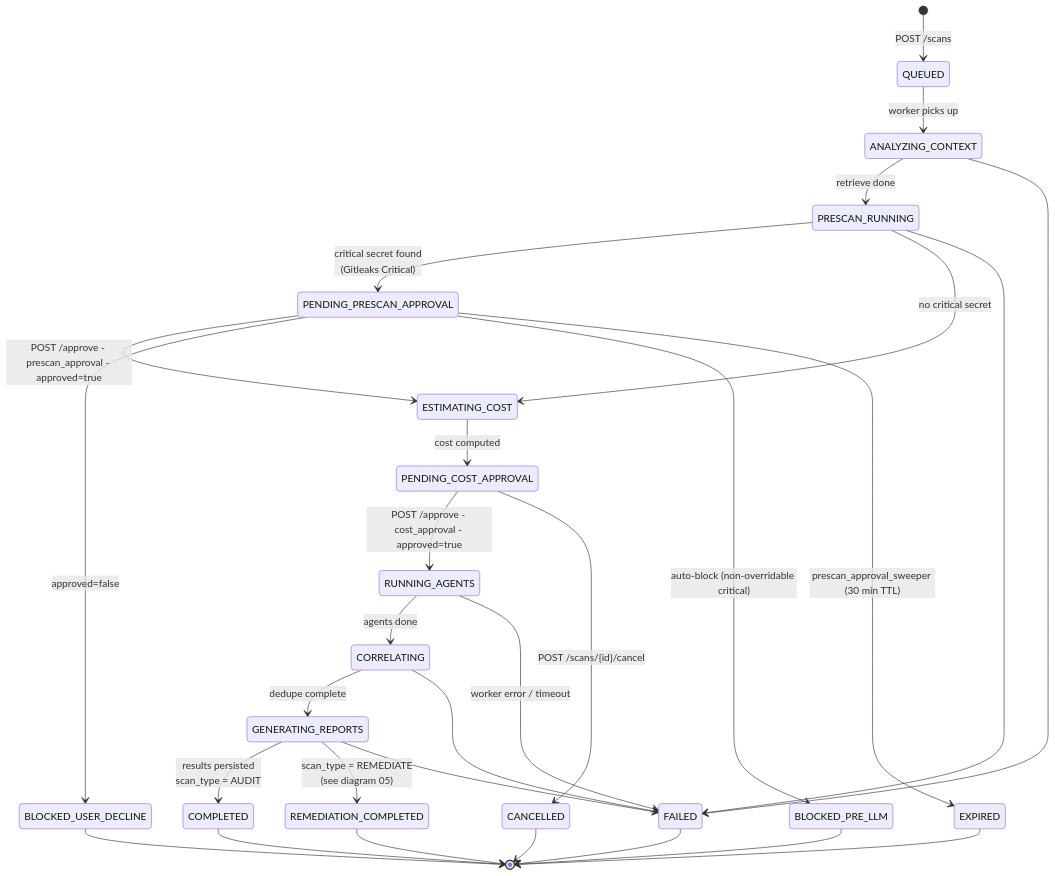
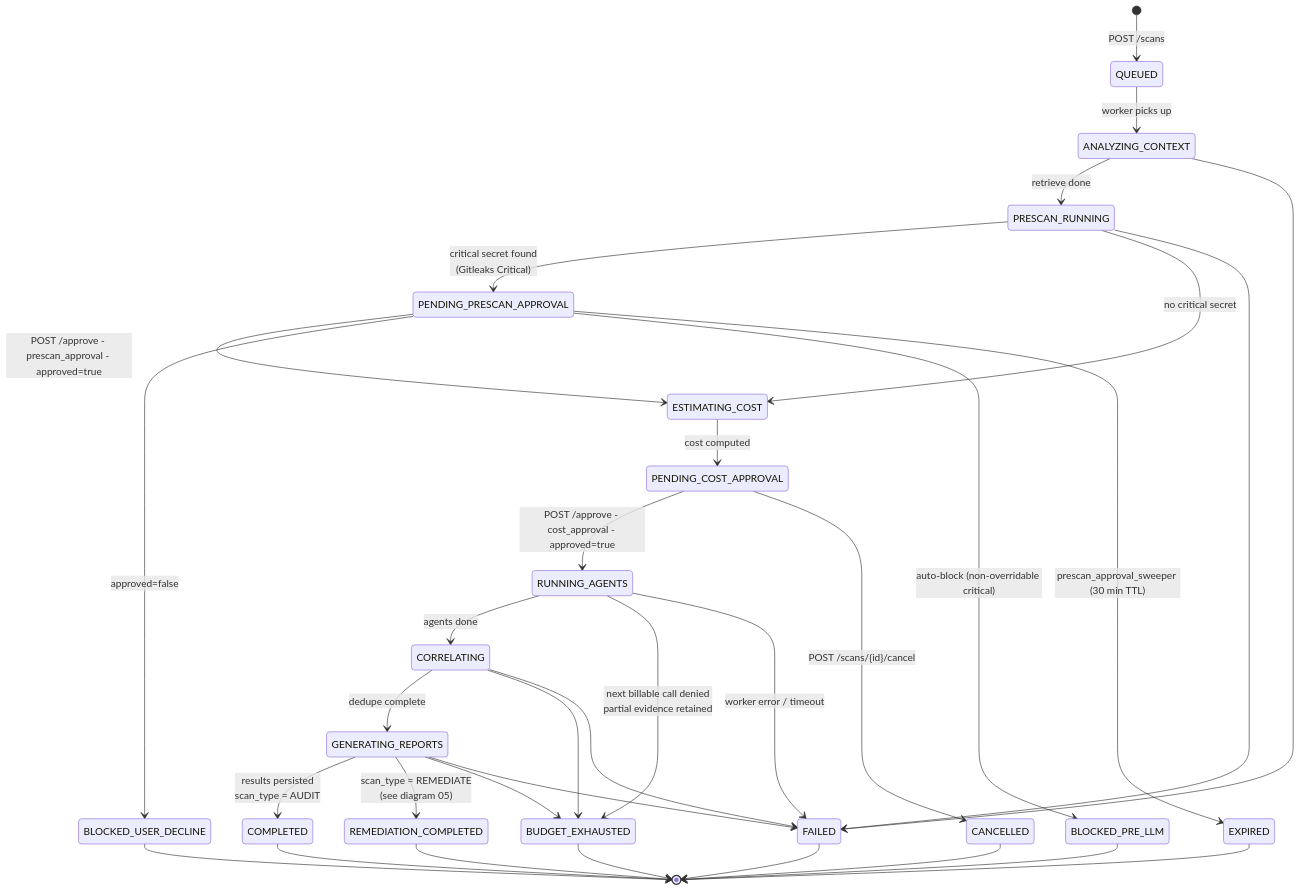
The second of 2 diagrams in docs/docs/architecture/diagrams/04-audit-scan-flow.md (nerdy-krishna/ai-secure-coding-compliance-platform), drawn with Mermaid before and after one commit. The commit also changed other lines of this file and 4 other files, not shown here.

````diff
--- a/docs/docs/architecture/diagrams/04-audit-scan-flow.md
+++ b/docs/docs/architecture/diagrams/04-audit-scan-flow.md
@@ -138,40 +142,45 @@
 ```mermaid
 stateDiagram-v2
     [*] --> QUEUED : POST /scans
 
     QUEUED --> ANALYZING_CONTEXT : worker picks up
     ANALYZING_CONTEXT --> PRESCAN_RUNNING : retrieve done
 
     PRESCAN_RUNNING --> PENDING_PRESCAN_APPROVAL : critical secret found<br/>(Gitleaks Critical)
     PRESCAN_RUNNING --> ESTIMATING_COST : no critical secret
 
     PENDING_PRESCAN_APPROVAL --> ESTIMATING_COST : POST /approve - prescan_approval - approved=true
     PENDING_PRESCAN_APPROVAL --> BLOCKED_USER_DECLINE : approved=false
     PENDING_PRESCAN_APPROVAL --> BLOCKED_PRE_LLM : auto-block (non-overridable critical)
     PENDING_PRESCAN_APPROVAL --> EXPIRED : prescan_approval_sweeper (30 min TTL)
 
     ESTIMATING_COST --> PENDING_COST_APPROVAL : cost computed
 
     PENDING_COST_APPROVAL --> RUNNING_AGENTS : POST /approve - cost_approval - approved=true
     PENDING_COST_APPROVAL --> CANCELLED : POST /scans/{id}/cancel
 
     RUNNING_AGENTS --> CORRELATING : agents done
     CORRELATING --> GENERATING_REPORTS : dedupe complete
     GENERATING_REPORTS --> COMPLETED : results persisted<br/>scan_type = AUDIT
 
     GENERATING_REPORTS --> REMEDIATION_COMPLETED : scan_type = REMEDIATE<br/>(see diagram 05)
 
+    RUNNING_AGENTS --> BUDGET_EXHAUSTED : next billable call denied<br/>partial evidence retained
+    CORRELATING --> BUDGET_EXHAUSTED
+    GENERATING_REPORTS --> BUDGET_EXHAUSTED
+
     RUNNING_AGENTS --> FAILED : worker error / timeout
     CORRELATING --> FAILED
     GENERATING_REPORTS --> FAILED
     PRESCAN_RUNNING --> FAILED
     ANALYZING_CONTEXT --> FAILED
 
     COMPLETED --> [*]
     REMEDIATION_COMPLETED --> [*]
     CANCELLED --> [*]
     BLOCKED_USER_DECLINE --> [*]
     BLOCKED_PRE_LLM --> [*]
     EXPIRED --> [*]
     FAILED --> [*]
+    BUDGET_EXHAUSTED --> [*]
 ```
````
